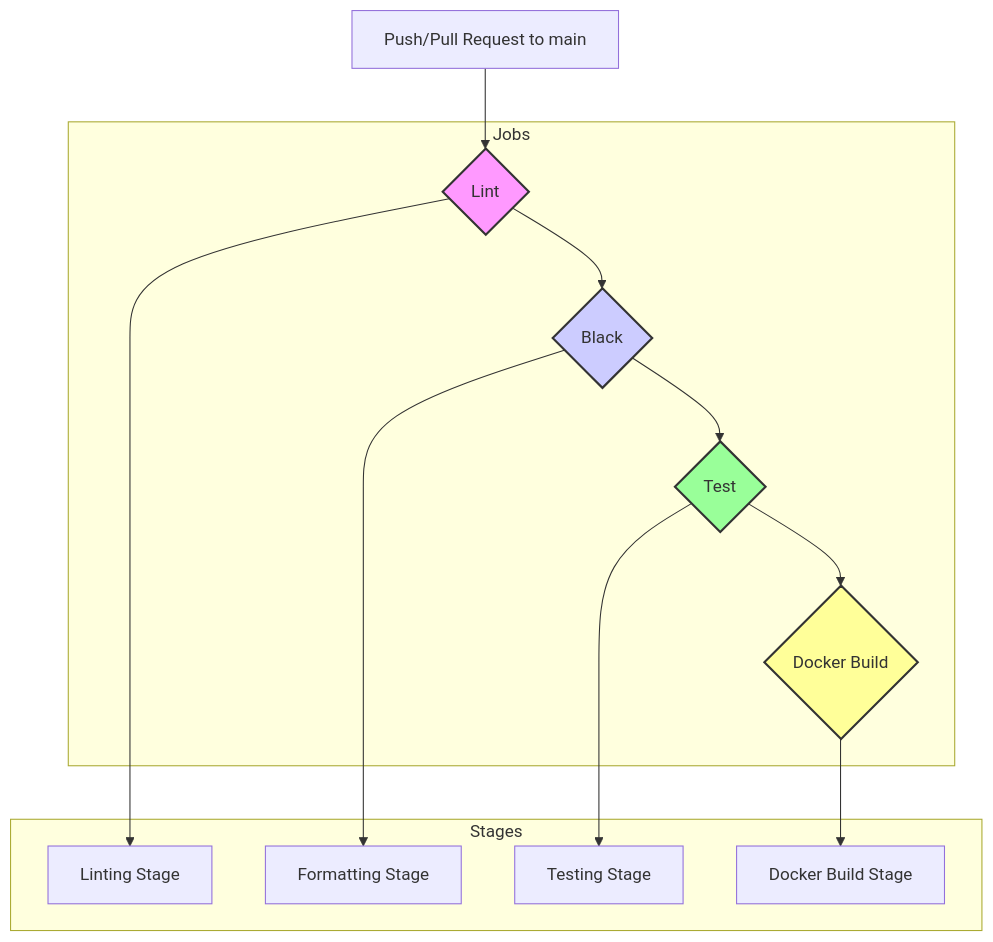
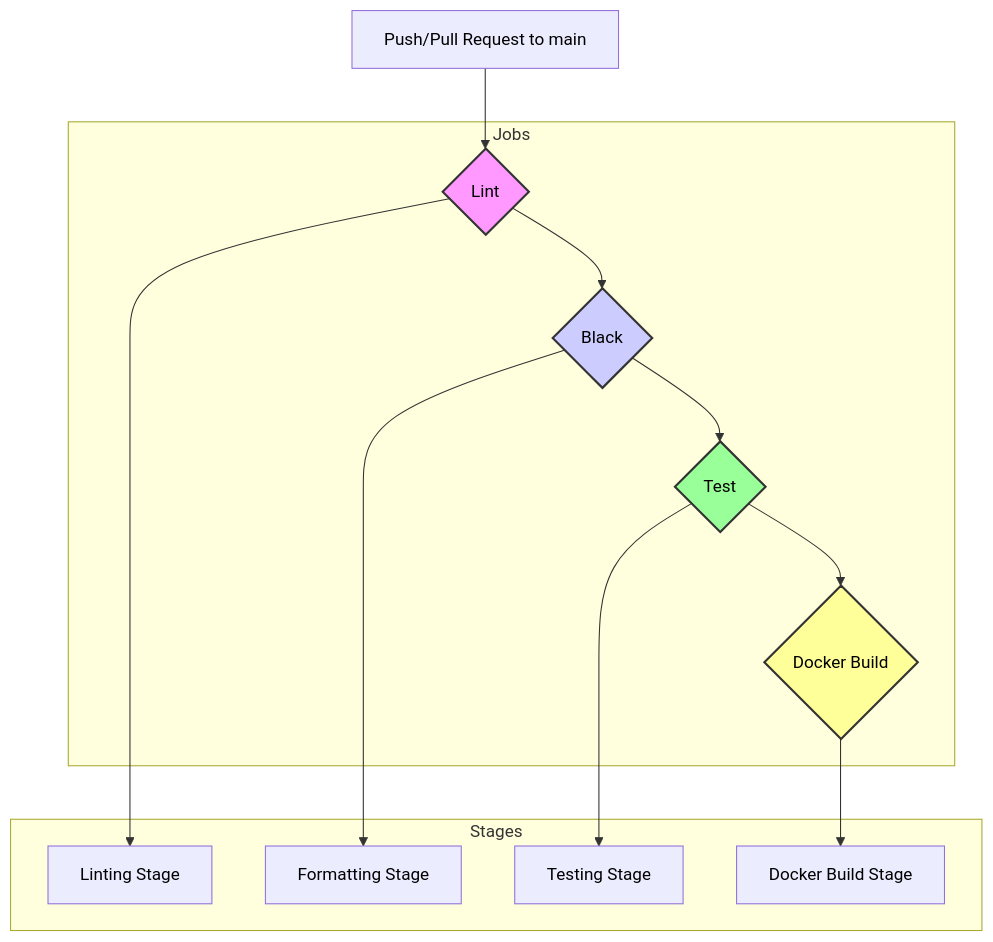
One commit to EMarc2023/zero-shot-rag-llm changed the second of 2 diagrams in README.md. Above: the diagram before and after it, drawn with Mermaid.

Commit message:
Update README.md
Fixed Mermaid diagram colour scheme.

````diff
--- a/README.md
+++ b/README.md
@@ -96,31 +96,36 @@
 ```mermaid
 graph TD
     A[Push/Pull Request to main] --> B{Lint};
     B --> C{Black};
     C --> D{Test};
     D --> E{Docker Build};
 
     subgraph Jobs
       B;
       C;
       D;
       E;
     end
 
     subgraph Stages
       F[Linting Stage];
       G[Formatting Stage];
       H[Testing Stage];
       I[Docker Build Stage];
     end
 
     B --> F;
     C --> G;
     D --> H;
     E --> I;
 
-    style B fill:#f9f,stroke:#333,stroke-width:2px;
-    style C fill:#ccf,stroke:#333,stroke-width:2px;
-    style D fill:#9f9,stroke:#333,stroke-width:2px;
-    style E fill:#ff9,stroke:#333,stroke-width:2px;
+    style B fill:#f9f,stroke:#333,color:#000,stroke-width:2px;
+    style C fill:#ccf,stroke:#333,color:#000,stroke-width:2px;
+    style D fill:#9f9,stroke:#333,color:#000,stroke-width:2px;
+    style E fill:#ff9,stroke:#333,color:#000,stroke-width:2px;
+    style F color:#000;
+    style G color:#000;
+    style H color:#000;
+    style I color:#000;
+    style A color:#000;
 ```
````
